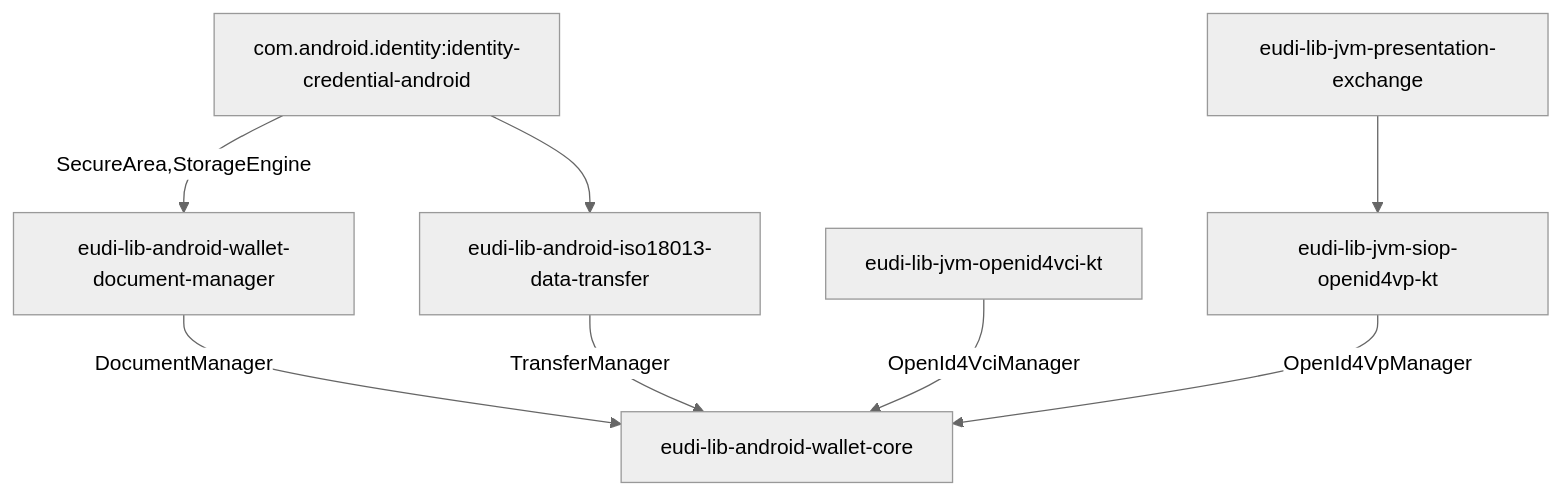
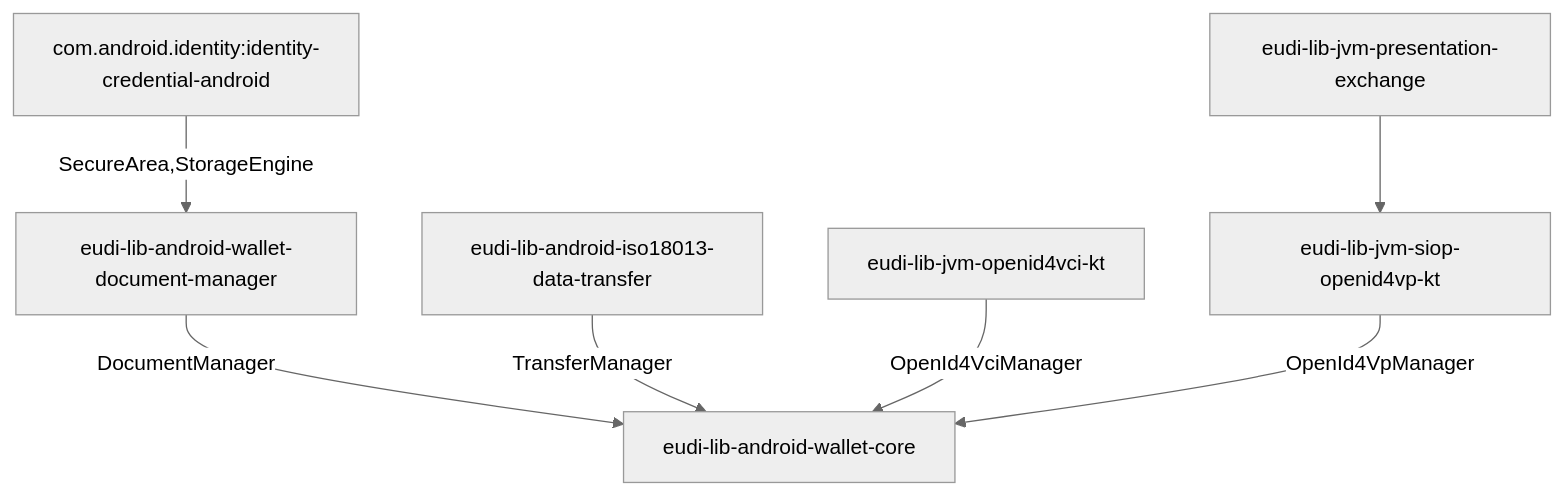
One commit to eu-digital-identity-wallet/eudi-lib-android-wallet-core changed the diagram in README.md. Above: the diagram before and after it, drawn with Mermaid (neutral theme). The commit also changed other lines of this file and 572 other files, not shown here.

````diff
--- a/README.md
+++ b/README.md
@@ -15,11 +15,11 @@
 ```mermaid
-graph TD;
+graph TD
+;
     A[eudi-lib-android-wallet-core]
-    B[eudi-lib-android-wallet-document-manager] -->  |DocumentManager|A 
-    C[eudi-lib-android-iso18013-data-transfer] --> |TransferManager|A 
-    D[eudi-lib-jvm-openid4vci-kt] --> |OpenId4VciManager|A 
-    E[eudi-lib-jvm-siop-openid4vp-kt] --> |OpenId4VpManager|A 
-    F[com.android.identity:identity-credential-android] --> |SecureArea,StorageEngine|B 
-    F --> C 
+    B[eudi-lib-android-wallet-document-manager] -->|DocumentManager| A
+    C[eudi-lib-android-iso18013-data-transfer] -->|TransferManager| A
+    D[eudi-lib-jvm-openid4vci-kt] -->|OpenId4VciManager| A
+    E[eudi-lib-jvm-siop-openid4vp-kt] -->|OpenId4VpManager| A
+    F[com.android.identity:identity-credential-android] -->|SecureArea,StorageEngine| B
     H[eudi-lib-jvm-presentation-exchange] --> E 
 ```
````
